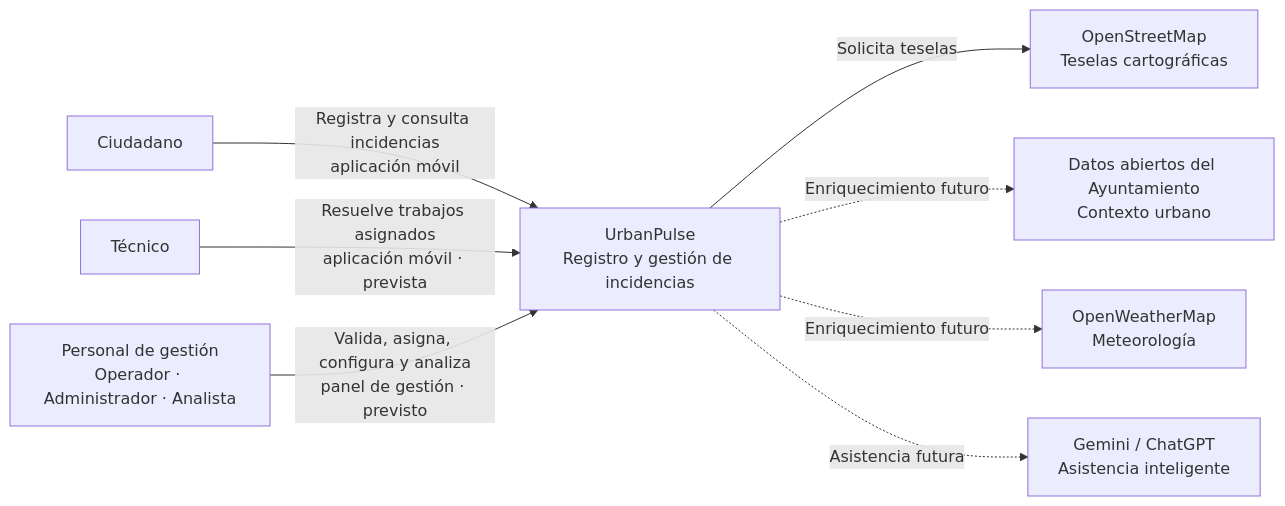
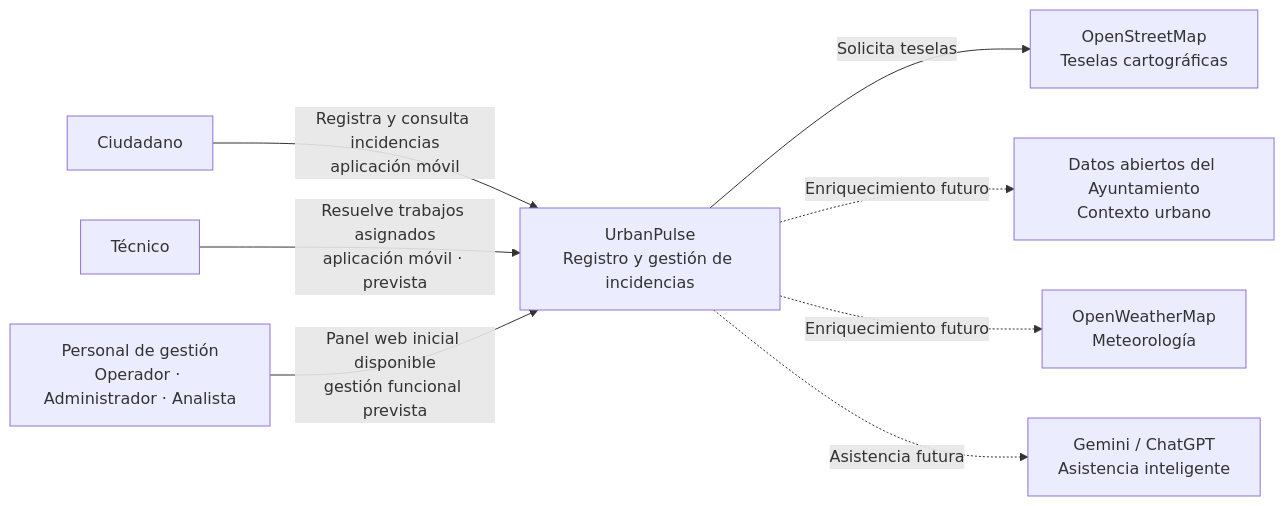
One commit to grupo-14-UMA/urbanpulse-incident-manager changed the first of 3 diagrams in docs/architecture.md. Above: the diagram before and after it, drawn with Mermaid. The commit also changed other lines of this file and 19 other files, not shown here.

````diff
--- a/docs/architecture.md
+++ b/docs/architecture.md
@@ -13,20 +13,20 @@
 ```mermaid
 flowchart LR
     citizen[Ciudadano]
     technician[Técnico]
     staff[Personal de gestión<br/>Operador · Administrador · Analista]
     urbanpulse[UrbanPulse<br/>Registro y gestión de incidencias]
 
     osm[OpenStreetMap<br/>Teselas cartográficas]
     openData[Datos abiertos del Ayuntamiento<br/>Contexto urbano]
     weather[OpenWeatherMap<br/>Meteorología]
     ai[Gemini / ChatGPT<br/>Asistencia inteligente]
 
     citizen -->|Registra y consulta incidencias<br/>aplicación móvil| urbanpulse
     technician -->|Resuelve trabajos asignados<br/>aplicación móvil · prevista| urbanpulse
-    staff -->|Valida, asigna, configura y analiza<br/>panel de gestión · previsto| urbanpulse
+    staff -->|Panel web inicial disponible<br/>gestión funcional prevista| urbanpulse
     urbanpulse -->|Solicita teselas| osm
     urbanpulse -.->|Enriquecimiento futuro| openData
     urbanpulse -.->|Enriquecimiento futuro| weather
     urbanpulse -.->|Asistencia futura| ai
 ```
````
